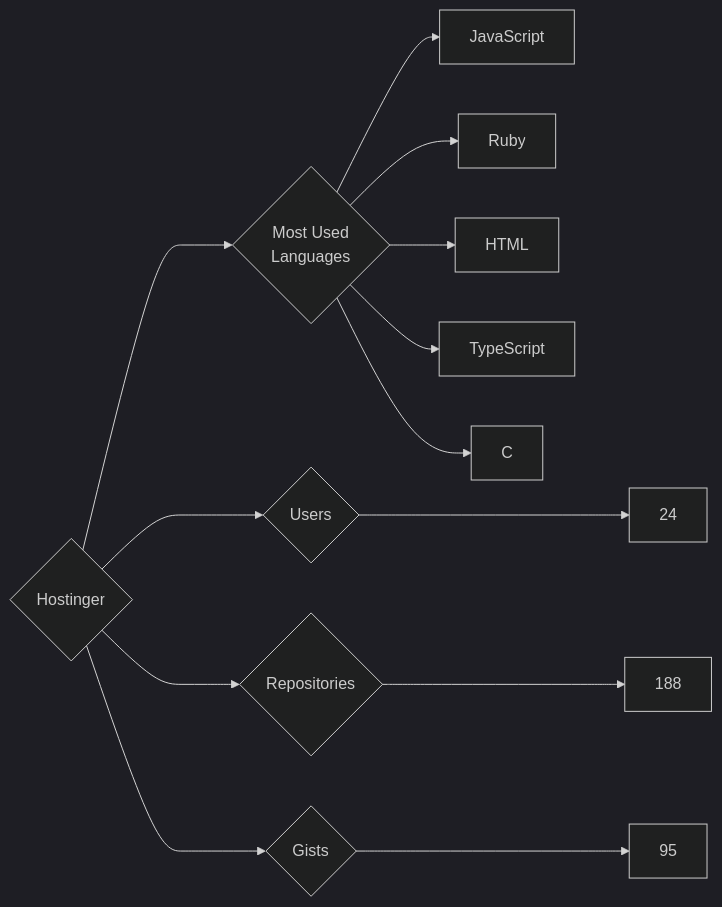
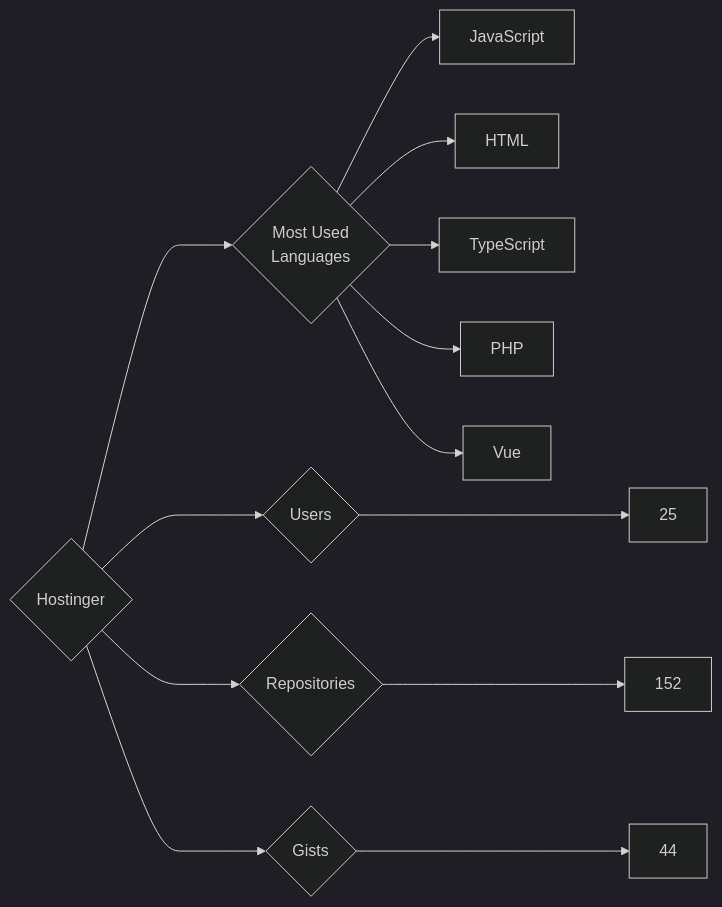
Before and after one commit to trickest/insiders: the diagram in targets/Hostinger/README.md, drawn with Mermaid (dark theme). The commit also changed 736 other files, not shown here.

````diff
--- a/targets/Hostinger/README.md
+++ b/targets/Hostinger/README.md
@@ -3,13 +3,13 @@
 ```mermaid
 graph LR
 COMPANY_NAME{Hostinger}
-COMPANY_NAME ---> U{Users} ---> UN[24]
-COMPANY_NAME ---> R{Repositories} ---> RN[188]
-COMPANY_NAME ---> G{Gists} ---> GN[95]
+COMPANY_NAME ---> U{Users} ---> UN[25]
+COMPANY_NAME ---> R{Repositories} ---> RN[152]
+COMPANY_NAME ---> G{Gists} ---> GN[44]
 COMPANY_NAME ---> ML{Most Used<br>Languages}
 ML --> JavaScript[JavaScript]
-ML --> Ruby[Ruby]
 ML --> HTML[HTML]
 ML --> TypeScript[TypeScript]
-ML --> C[C]
+ML --> PHP[PHP]
+ML --> Vue[Vue]
 ```
````
